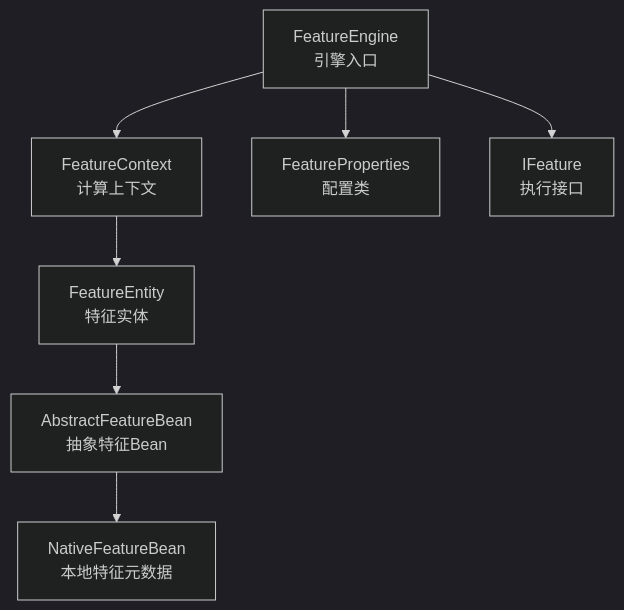
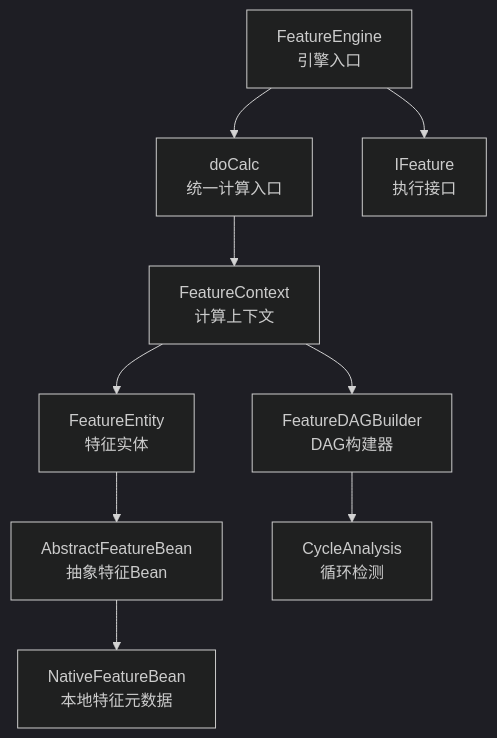
One commit to txzhanghuan/feature changed the first of 3 diagrams in .qoder/repowiki/zh/content/API参考/API参考.md. Above: the diagram before and after it, drawn with Mermaid (dark theme). The commit also changed other lines of this file and 7 other files, not shown here.

````diff
--- a/.qoder/repowiki/zh/content/API参考/API参考.md
+++ b/.qoder/repowiki/zh/content/API参考/API参考.md
@@ -43,9 +56,11 @@
 ```mermaid
 graph TB
-FE["FeatureEngine<br/>引擎入口"] --> FCtx["FeatureContext<br/>计算上下文"]
-FE --> FP["FeatureProperties<br/>配置类"]
+FE["FeatureEngine<br/>引擎入口"] --> DC["doCalc<br/>统一计算入口"]
+DC --> FCtx["FeatureContext<br/>计算上下文"]
+FCtx --> FDB["FeatureDAGBuilder<br/>DAG构建器"]
 FCtx --> FEty["FeatureEntity<br/>特征实体"]
 FEty --> AFB["AbstractFeatureBean<br/>抽象特征Bean"]
 AFB --> NFB["NativeFeatureBean<br/>本地特征元数据"]
 FE --> IFT["IFeature<br/>执行接口"]
+FDB --> CA["CycleAnalysis<br/>循环检测"]
 ```
````
